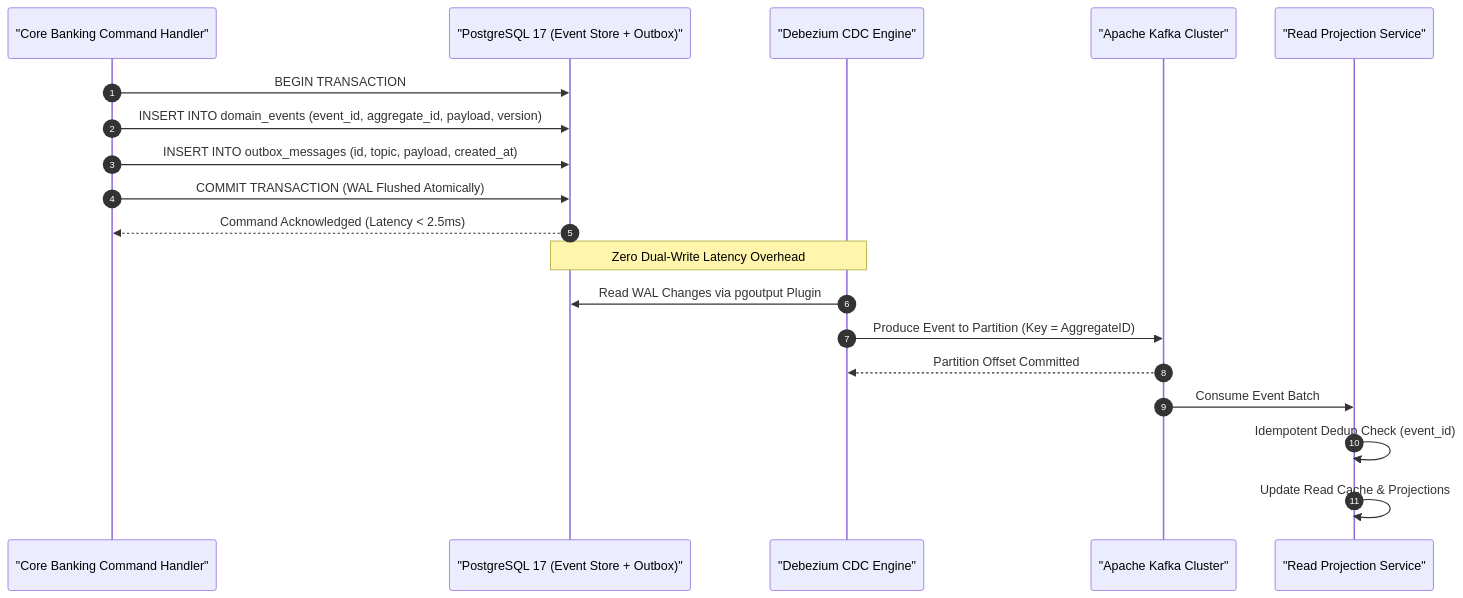
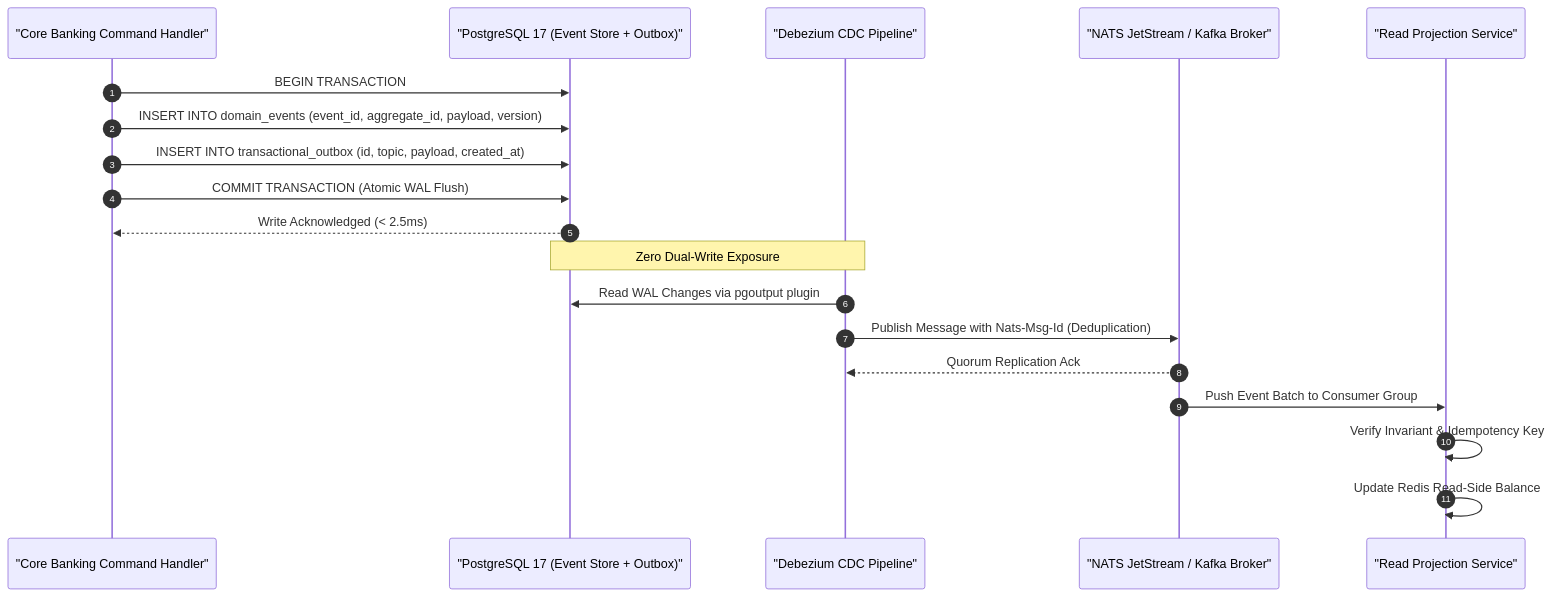
The second of 2 diagrams in content/series/core-banking-architecture/part-3-event-sourcing-cqrs.md (vesviet/vesviet), drawn with Mermaid before and after one commit. The commit also changed other lines of this file and 90 other files, not shown here.

````diff
--- a/content/series/core-banking-architecture/part-3-event-sourcing-cqrs.md
+++ b/content/series/core-banking-architecture/part-3-event-sourcing-cqrs.md
@@ -96,24 +93,24 @@
 ```mermaid
 sequenceDiagram
     autonumber
     participant App as "Core Banking Command Handler"
     participant DB as "PostgreSQL 17 (Event Store + Outbox)"
-    participant CDC as "Debezium CDC Engine"
-    participant Kafka as "Apache Kafka Cluster"
+    participant CDC as "Debezium CDC Pipeline"
+    participant Broker as "NATS JetStream / Kafka Broker"
     participant Projector as "Read Projection Service"
 
     App->>DB: BEGIN TRANSACTION
     App->>DB: INSERT INTO domain_events (event_id, aggregate_id, payload, version)
-    App->>DB: INSERT INTO outbox_messages (id, topic, payload, created_at)
-    App->>DB: COMMIT TRANSACTION (WAL Flushed Atomically)
-    DB-->>App: Command Acknowledged (Latency < 2.5ms)
+    App->>DB: INSERT INTO transactional_outbox (id, topic, payload, created_at)
+    App->>DB: COMMIT TRANSACTION (Atomic WAL Flush)
+    DB-->>App: Write Acknowledged (< 2.5ms)
 
-    Note over DB,CDC: Zero Dual-Write Latency Overhead
-    CDC->>DB: Read WAL Changes via pgoutput Plugin
-    CDC->>Kafka: Produce Event to Partition (Key = AggregateID)
-    Kafka-->>CDC: Partition Offset Committed
+    Note over DB,CDC: Zero Dual-Write Exposure
+    CDC->>DB: Read WAL Changes via pgoutput plugin
+    CDC->>Broker: Publish Message with Nats-Msg-Id (Deduplication)
+    Broker-->>CDC: Quorum Replication Ack
 
-    Kafka->>Projector: Consume Event Batch
-    Projector->>Projector: Idempotent Dedup Check (event_id)
-    Projector->>Projector: Update Read Cache & Projections
+    Broker->>Projector: Push Event Batch to Consumer Group
+    Projector->>Projector: Verify Invariant & Idempotency Key
+    Projector->>Projector: Update Redis Read-Side Balance
 ```
````
